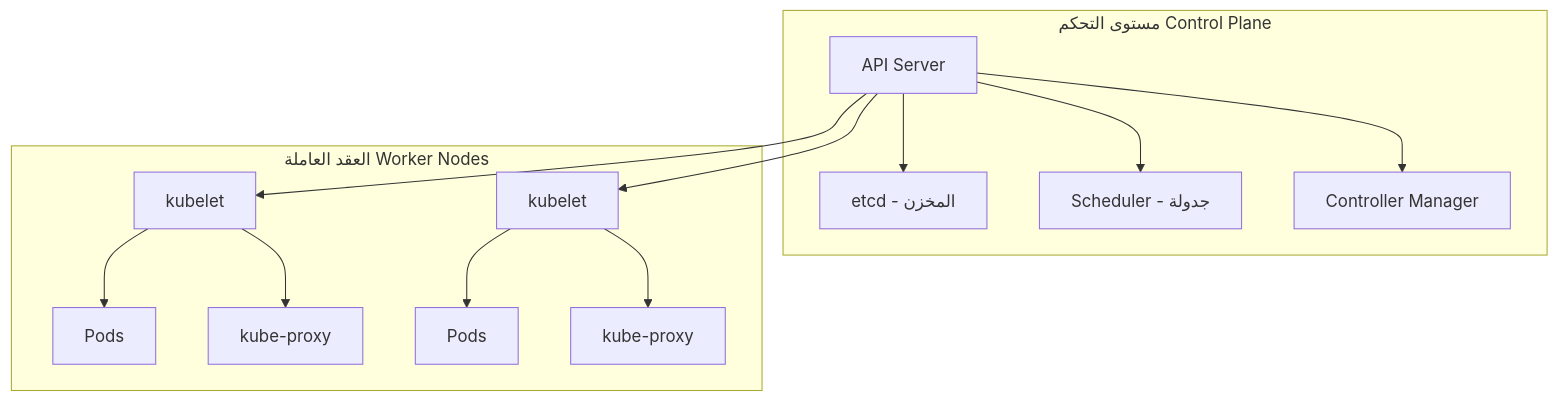
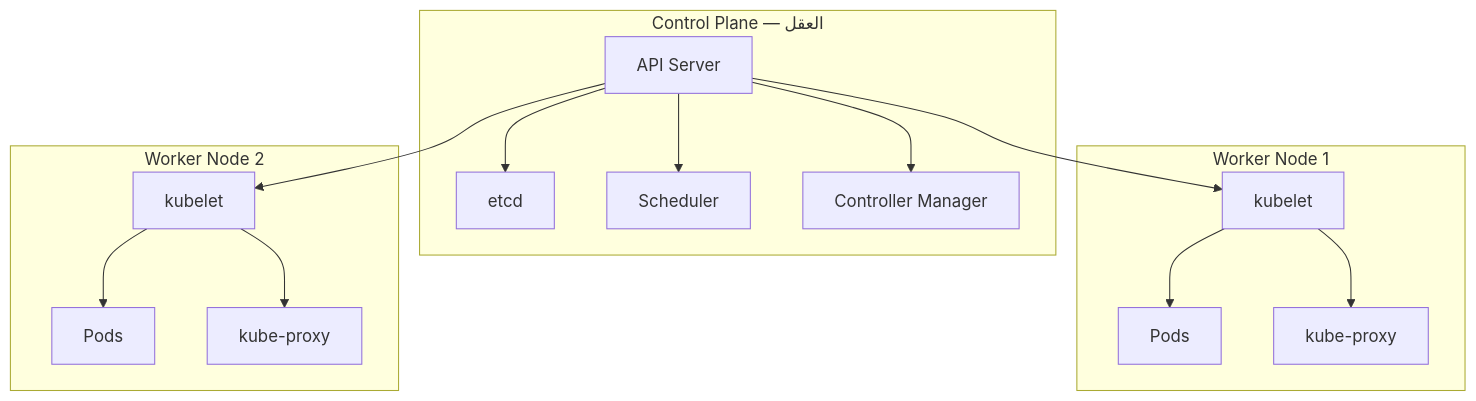
One commit to apexdataro-Fin/AEP changed the diagram in docs/lessons/10-kubernetes/01-kubernetes-architecture.md. Above: the diagram before and after it, drawn with Mermaid. The commit also changed other lines of this file and 3 other files, not shown here.

````diff
--- a/docs/lessons/10-kubernetes/01-kubernetes-architecture.md
+++ b/docs/lessons/10-kubernetes/01-kubernetes-architecture.md
@@ -27,16 +23,18 @@
 ```mermaid
 graph TD
-    subgraph "مستوى التحكم Control Plane"
-        API[API Server] --> ETCD[etcd - المخزن]
-        API --> SCHED[Scheduler - جدولة]
+    subgraph "Control Plane — العقل"
+        API[API Server] --> ETCD[etcd]
+        API --> SCHED[Scheduler]
         API --> CM[Controller Manager]
     end
-    subgraph "العقد العاملة Worker Nodes"
-        N1[kubelet] --> P1[Pods]
-        N1 --> KP1[kube-proxy]
-        N2[kubelet] --> P2[Pods]
-        N2 --> KP2[kube-proxy]
+    subgraph "Worker Node 1"
+        K1[kubelet] --> P1[Pods]
+        K1 --> KP1[kube-proxy]
     end
-    API --> N1
-    API --> N2
+    subgraph "Worker Node 2"
+        K2[kubelet] --> P2[Pods]
+        K2 --> KP2[kube-proxy]
+    end
+    API --> K1
+    API --> K2
 ```
````
